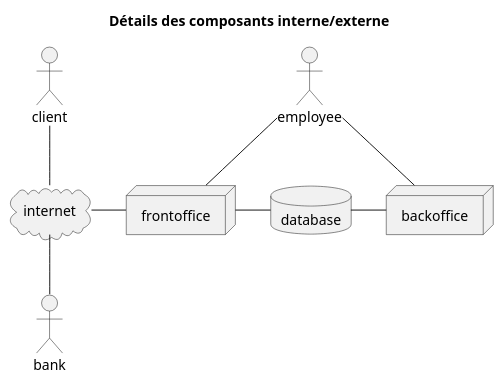
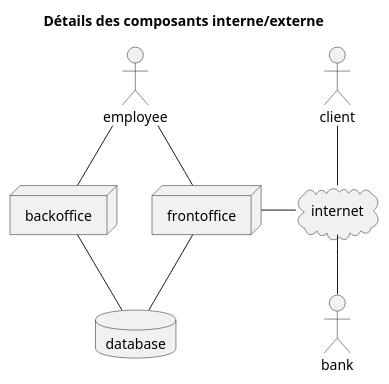
The diagram in component.puml (freezed/ocp6), drawn with PlantUML before and after one commit. The commit also changed 4 other files, not shown here.

```diff
--- a/component.puml
+++ b/component.puml
@@ -1,29 +1,29 @@
 @startuml
 
 title Détails des composants interne/externe
 
 /' = = = = = = = COMPONENT = = = = = = = '/
 
 actor client
 actor employee
 actor bank
 
 cloud internet
 
 node frontoffice
 node backoffice
 
 database database
 
 /' = = = = = = = RELATION = = = = = = = '/
 
 client -down- internet
 bank -up- internet
-internet - frontoffice
+internet -left- frontoffice
 employee -down- frontoffice
 employee - backoffice
 
-frontoffice - database
-database - backoffice
+frontoffice -down- database
+database -up- backoffice
 
 @enduml
```
